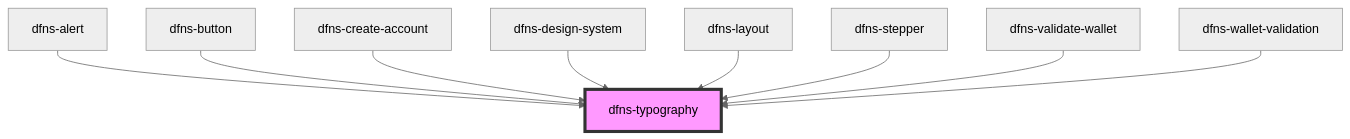
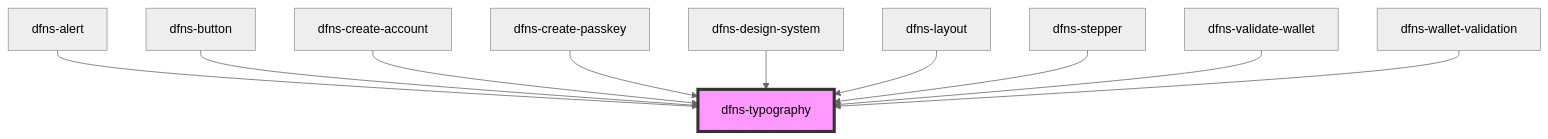
One commit to dfnsext/web-ui changed the diagram in src/components/dfns-typography/readme.md. Above: the diagram before and after it, drawn with Mermaid (neutral theme). The commit also changed other lines of this file and 20 other files, not shown here.

Commit message:
Accor - create-passkey UI integration

````diff
--- a/src/components/dfns-typography/readme.md
+++ b/src/components/dfns-typography/readme.md
@@ -31,12 +32,13 @@
 ```mermaid
 graph TD;
   dfns-alert --> dfns-typography
   dfns-button --> dfns-typography
   dfns-create-account --> dfns-typography
+  dfns-create-passkey --> dfns-typography
   dfns-design-system --> dfns-typography
   dfns-layout --> dfns-typography
   dfns-stepper --> dfns-typography
   dfns-validate-wallet --> dfns-typography
   dfns-wallet-validation --> dfns-typography
   style dfns-typography fill:#f9f,stroke:#333,stroke-width:4px
 ```
````
